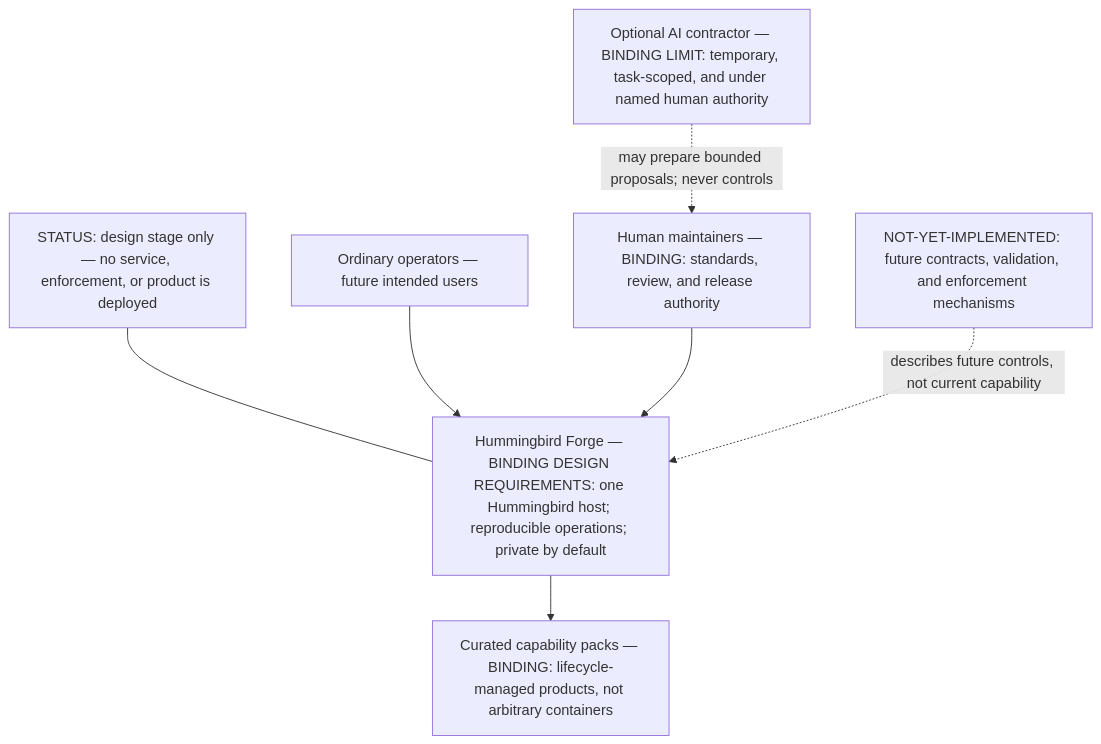
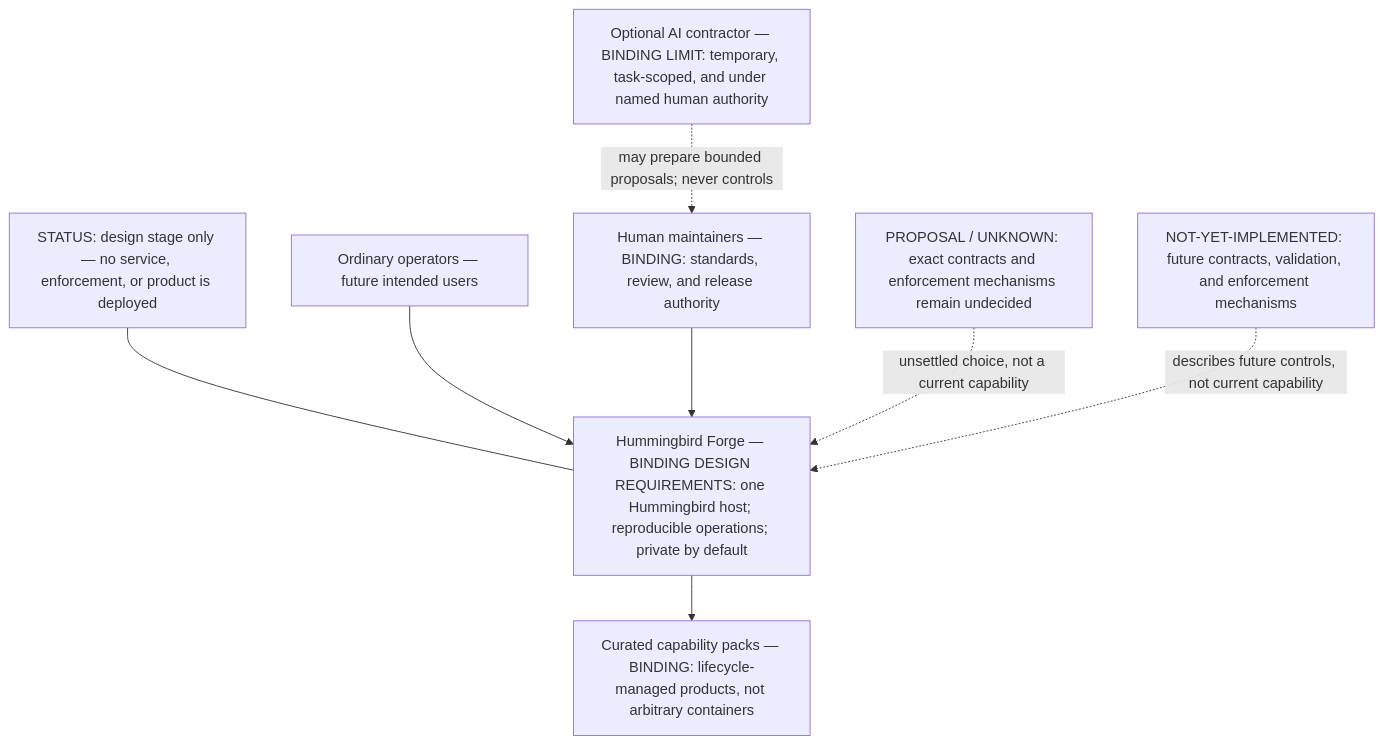
Before and after one commit to nissifield/ftlbird-waypoint: the first of 4 diagrams in README.md, drawn with Mermaid. The commit also changed other lines of this file, not shown here.

Commit message:
docs: clarify diagram status and issue routing

````diff
--- a/README.md
+++ b/README.md
@@ -32,16 +32,18 @@
 ```mermaid
 flowchart TB
     status["STATUS: design stage only — no service, enforcement, or product is deployed"]
     operators["Ordinary operators — future intended users"]
     forge["Hummingbird Forge — BINDING DESIGN REQUIREMENTS: one Hummingbird host; reproducible operations; private by default"]
     packs["Curated capability packs — BINDING: lifecycle-managed products, not arbitrary containers"]
     maintainers["Human maintainers — BINDING: standards, review, and release authority"]
     ai["Optional AI contractor — BINDING LIMIT: temporary, task-scoped, and under named human authority"]
+    unknown["PROPOSAL / UNKNOWN: exact contracts and enforcement mechanisms remain undecided"]
     future["NOT-YET-IMPLEMENTED: future contracts, validation, and enforcement mechanisms"]
 
     status --- forge
     operators --> forge --> packs
     maintainers --> forge
     ai -. "may prepare bounded proposals; never controls" .-> maintainers
+    unknown -. "unsettled choice, not a current capability" .-> forge
     future -. "describes future controls, not current capability" .-> forge
 ```
````
